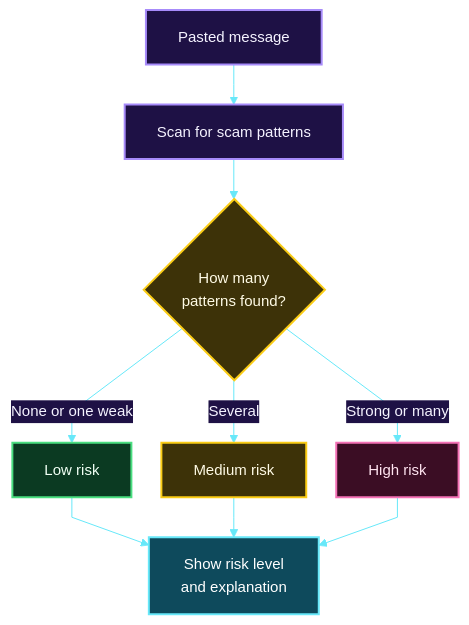
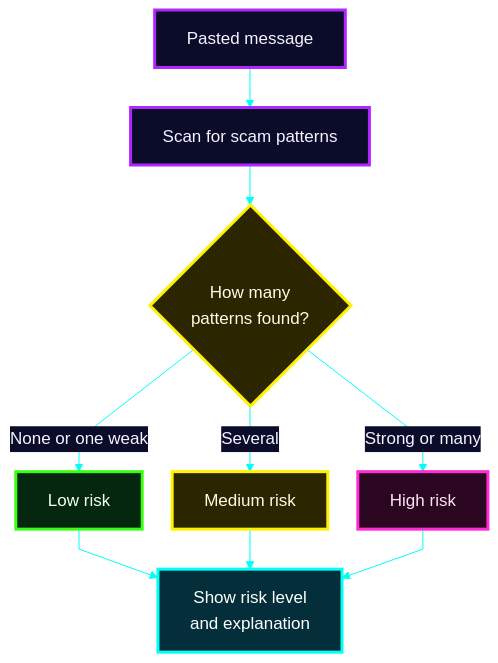
Before and after one commit to Mansi232323/MANSHORA: diagram 14 of 17 in README.md, drawn with Mermaid. The commit also changed other lines of this file, not shown here.

````diff
--- a/README.md
+++ b/README.md
@@ -544,24 +601,24 @@
 ```mermaid
-%%{init: {'theme':'base','themeVariables':{'fontSize':'15px','fontFamily':'Arial, Helvetica, sans-serif','primaryColor':'#1e1145','primaryTextColor':'#f5f3ff','primaryBorderColor':'#a78bfa','lineColor':'#67e8f9','textColor':'#f5f3ff','edgeLabelBackground':'#1e1145'},'flowchart':{'htmlLabels':true,'nodeSpacing':30,'rankSpacing':40,'padding':16,'curve':'linear'}}}%%
+%%{init: {'theme':'base','themeVariables':{'fontSize':'17px','fontFamily':'Arial, Helvetica, sans-serif','primaryColor':'#0b0b2a','primaryTextColor':'#f5f3ff','primaryBorderColor':'#b026ff','lineColor':'#00fff7','textColor':'#f5f3ff','edgeLabelBackground':'#0b0b2a'},'flowchart':{'htmlLabels':true,'nodeSpacing':30,'rankSpacing':40,'padding':16,'curve':'linear'}}}%%
 flowchart TD
     M["Pasted message"] --> P["Scan for scam patterns"]
     P --> Q{"How many<br/>patterns found?"}
     Q -- "None or one weak" --> L["Low risk"]
     Q -- "Several" --> Md["Medium risk"]
     Q -- "Strong or many" --> H["High risk"]
     L --> X["Show risk level<br/>and explanation"]
     Md --> X
     H --> X
-    classDef n fill:#1e1145,stroke:#a78bfa,stroke-width:2px,color:#f5f3ff
-    classDef d fill:#3d3208,stroke:#facc15,stroke-width:2px,color:#fffbe6
-    classDef low fill:#0b3a22,stroke:#4ade80,stroke-width:2px,color:#f0fff4
-    classDef mid fill:#3d3208,stroke:#facc15,stroke-width:2px,color:#fffbe6
-    classDef high fill:#3b0d24,stroke:#f472b6,stroke-width:2px,color:#ffe4f0
-    classDef out fill:#0e4a5c,stroke:#67e8f9,stroke-width:2px,color:#ffffff
+    classDef n fill:#0b0b2a,stroke:#b026ff,stroke-width:3px,color:#f5f3ff
+    classDef d fill:#2b2600,stroke:#fff200,stroke-width:3px,color:#fffbe6
+    classDef low fill:#05260f,stroke:#39ff14,stroke-width:3px,color:#f0fff4
+    classDef mid fill:#2b2600,stroke:#fff200,stroke-width:3px,color:#fffbe6
+    classDef high fill:#2a0620,stroke:#ff2bd6,stroke-width:3px,color:#ffe4f0
+    classDef out fill:#042f3a,stroke:#00fff7,stroke-width:3px,color:#ffffff
     class M,P n
     class Q d
     class L low
     class Md mid
     class H high
     class X out
 ```
````
